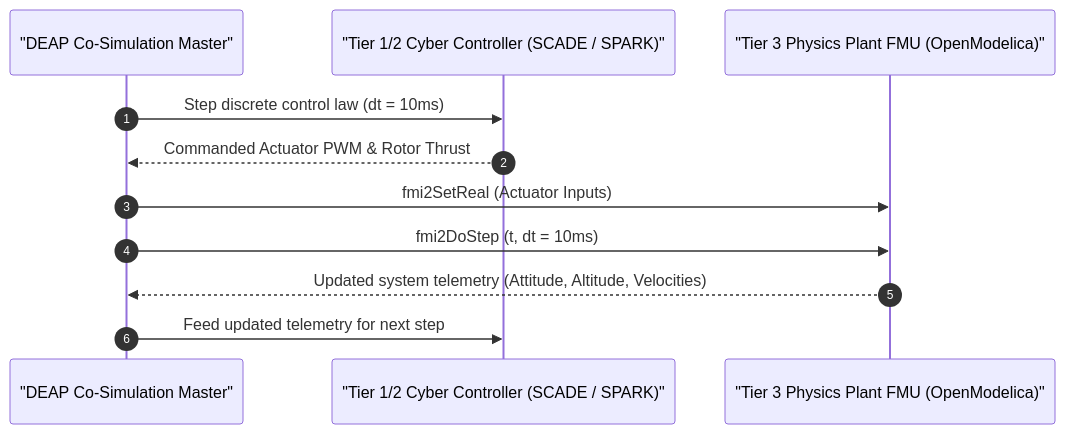
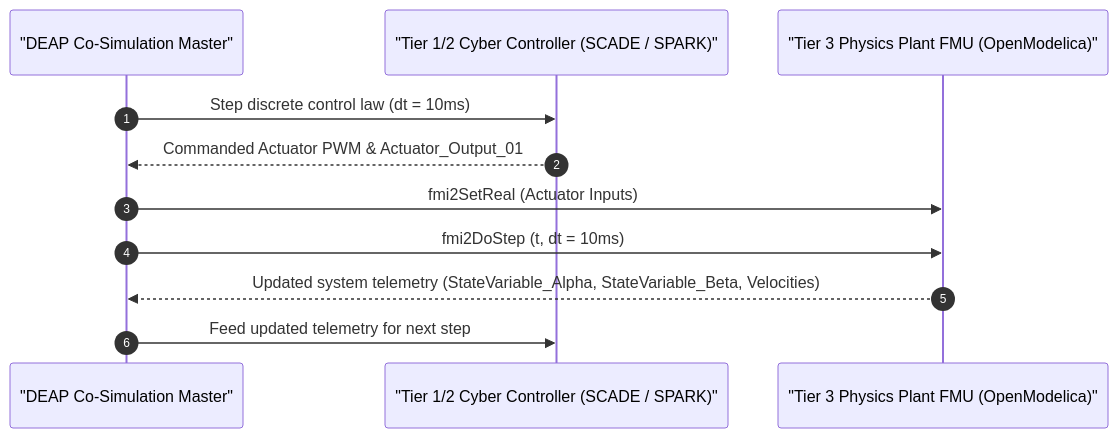
Before and after one commit to gintatkinson/DEAP01-spec-core: the seventh of 10 diagrams in docs/architecture/blueprints/DEAP_MULTI_TOOLCHAIN_SYNTHESIS_ARCHITECTURE.md, drawn with Mermaid. The commit also changed other lines of this file and 34 other files, not shown here.

Commit message:
docs(architecture): decontaminate reference blueprints and establish master execution plan (refs #405, refs #406)

````diff
--- a/docs/architecture/blueprints/DEAP_MULTI_TOOLCHAIN_SYNTHESIS_ARCHITECTURE.md
+++ b/docs/architecture/blueprints/DEAP_MULTI_TOOLCHAIN_SYNTHESIS_ARCHITECTURE.md
@@ -536,14 +602,14 @@
 ```mermaid
 sequenceDiagram
     autonumber
     participant Master as "DEAP Co-Simulation Master"
     participant Cyber as "Tier 1/2 Cyber Controller (SCADE / SPARK)"
     participant Physics as "Tier 3 Physics Plant FMU (OpenModelica)"
 
     Master->>Cyber: Step discrete control law (dt = 10ms)
-    Cyber-->>Master: Commanded Actuator PWM & Rotor Thrust
+    Cyber-->>Master: Commanded Actuator PWM & Actuator_Output_01
     Master->>Physics: fmi2SetReal (Actuator Inputs)
     Master->>Physics: fmi2DoStep (t, dt = 10ms)
-    Physics-->>Master: Updated system telemetry (Attitude, Altitude, Velocities)
+    Physics-->>Master: Updated system telemetry (StateVariable_Alpha, StateVariable_Beta, Velocities)
     Master->>Cyber: Feed updated telemetry for next step
 ```
````
